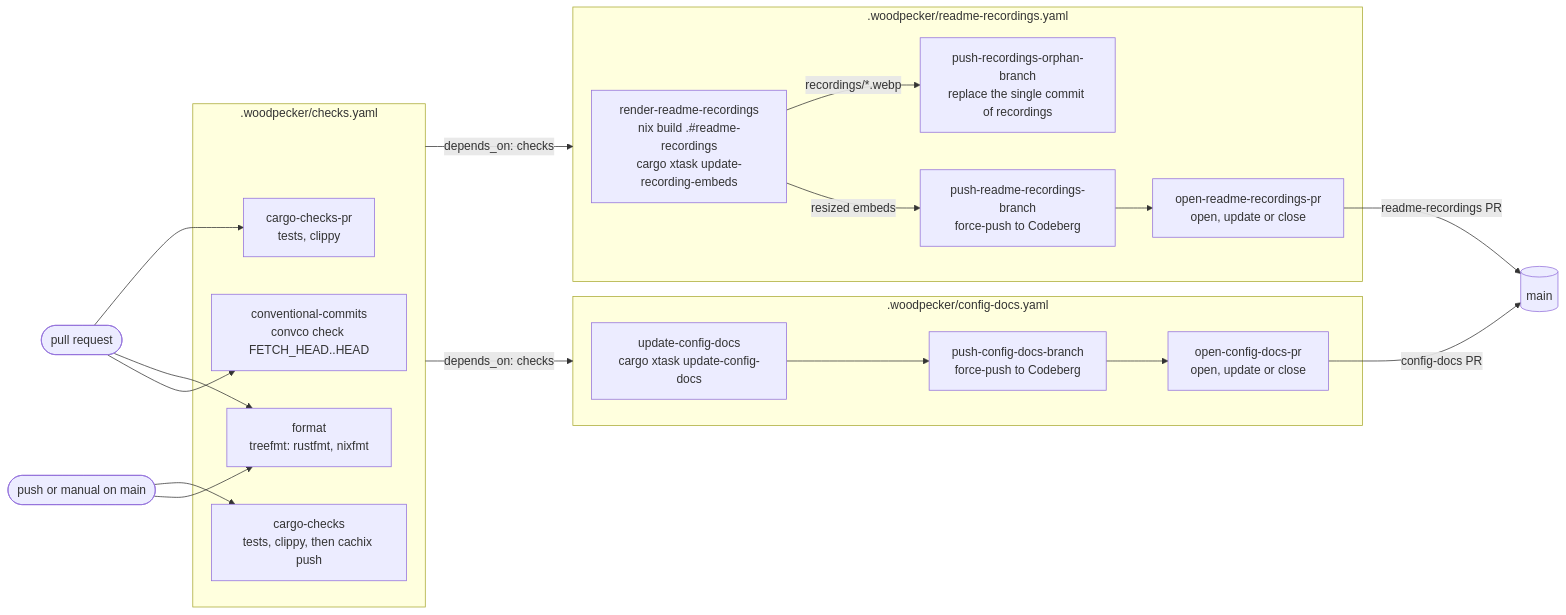
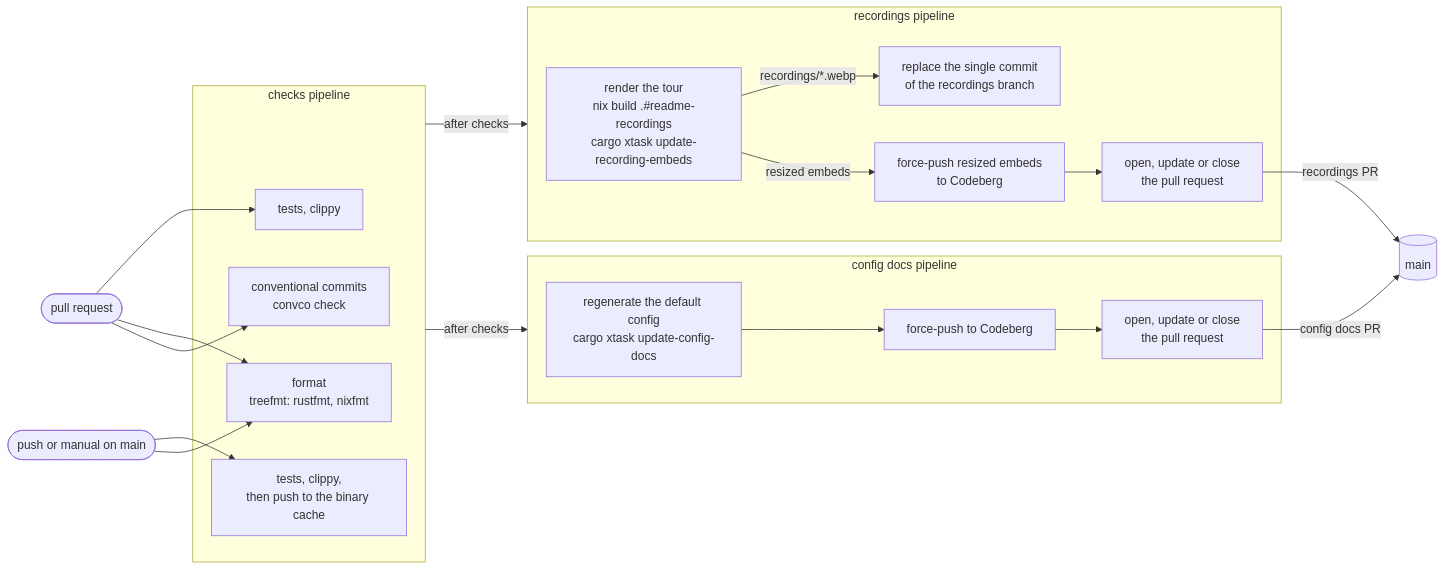
The second of 3 diagrams in docs/development.md (wvhulle/sottomano), drawn with Mermaid before and after one commit. The commit also changed other lines of this file and 3 other files, not shown here.

````diff
--- a/docs/development.md
+++ b/docs/development.md
@@ -111,39 +128,39 @@
 ```mermaid
 flowchart LR
   pull_request_event(["pull request"])
   main_push_event(["push or manual on main"])
 
-  subgraph checks_pipeline [".woodpecker/checks.yaml"]
-    cargo_checks_pr["cargo-checks-pr<br>tests, clippy"]
-    cargo_checks["cargo-checks<br>tests, clippy, then cachix push"]
+  subgraph checks_pipeline ["checks pipeline"]
+    pull_request_checks["tests, clippy"]
+    main_checks["tests, clippy,<br>then push to the binary cache"]
     format_check["format<br>treefmt: rustfmt, nixfmt"]
-    conventional_commits["conventional-commits<br>convco check FETCH_HEAD..HEAD"]
+    conventional_commits["conventional commits<br>convco check"]
   end
 
-  subgraph recordings_pipeline [".woodpecker/readme-recordings.yaml"]
-    render_recordings["render-readme-recordings<br>nix build .#readme-recordings<br>cargo xtask update-recording-embeds"]
-    push_orphan_recordings["push-recordings-orphan-branch<br>replace the single commit of recordings"]
-    push_recordings_branch["push-readme-recordings-branch<br>force-push to Codeberg"]
-    open_recordings_pull_request["open-readme-recordings-pr<br>open, update or close"]
+  subgraph recordings_pipeline ["recordings pipeline"]
+    render_recordings["render the tour<br>nix build .#readme-recordings<br>cargo xtask update-recording-embeds"]
+    push_orphan_recordings["replace the single commit<br>of the recordings branch"]
+    push_recordings_branch["force-push resized embeds<br>to Codeberg"]
+    open_recordings_pull_request["open, update or close<br>the pull request"]
     render_recordings -->|"recordings/*.webp"| push_orphan_recordings
     render_recordings -->|resized embeds| push_recordings_branch
     push_recordings_branch --> open_recordings_pull_request
   end
 
-  subgraph config_docs_pipeline [".woodpecker/config-docs.yaml"]
-    update_config_docs["update-config-docs<br>cargo xtask update-config-docs"]
-    push_config_docs_branch["push-config-docs-branch<br>force-push to Codeberg"]
-    open_config_docs_pull_request["open-config-docs-pr<br>open, update or close"]
+  subgraph config_docs_pipeline ["config docs pipeline"]
+    update_config_docs["regenerate the default config<br>cargo xtask update-config-docs"]
+    push_config_docs_branch["force-push to Codeberg"]
+    open_config_docs_pull_request["open, update or close<br>the pull request"]
     update_config_docs --> push_config_docs_branch
     push_config_docs_branch --> open_config_docs_pull_request
   end
 
   main_branch[("main")]
 
-  pull_request_event --> cargo_checks_pr & format_check & conventional_commits
-  main_push_event --> cargo_checks & format_check
-  checks_pipeline -->|"depends_on: checks"| recordings_pipeline
-  checks_pipeline -->|"depends_on: checks"| config_docs_pipeline
-  open_recordings_pull_request -->|readme-recordings PR| main_branch
-  open_config_docs_pull_request -->|config-docs PR| main_branch
+  pull_request_event --> pull_request_checks & format_check & conventional_commits
+  main_push_event --> main_checks & format_check
+  checks_pipeline -->|"after checks"| recordings_pipeline
+  checks_pipeline -->|"after checks"| config_docs_pipeline
+  open_recordings_pull_request -->|recordings PR| main_branch
+  open_config_docs_pull_request -->|config docs PR| main_branch
 ```
````
